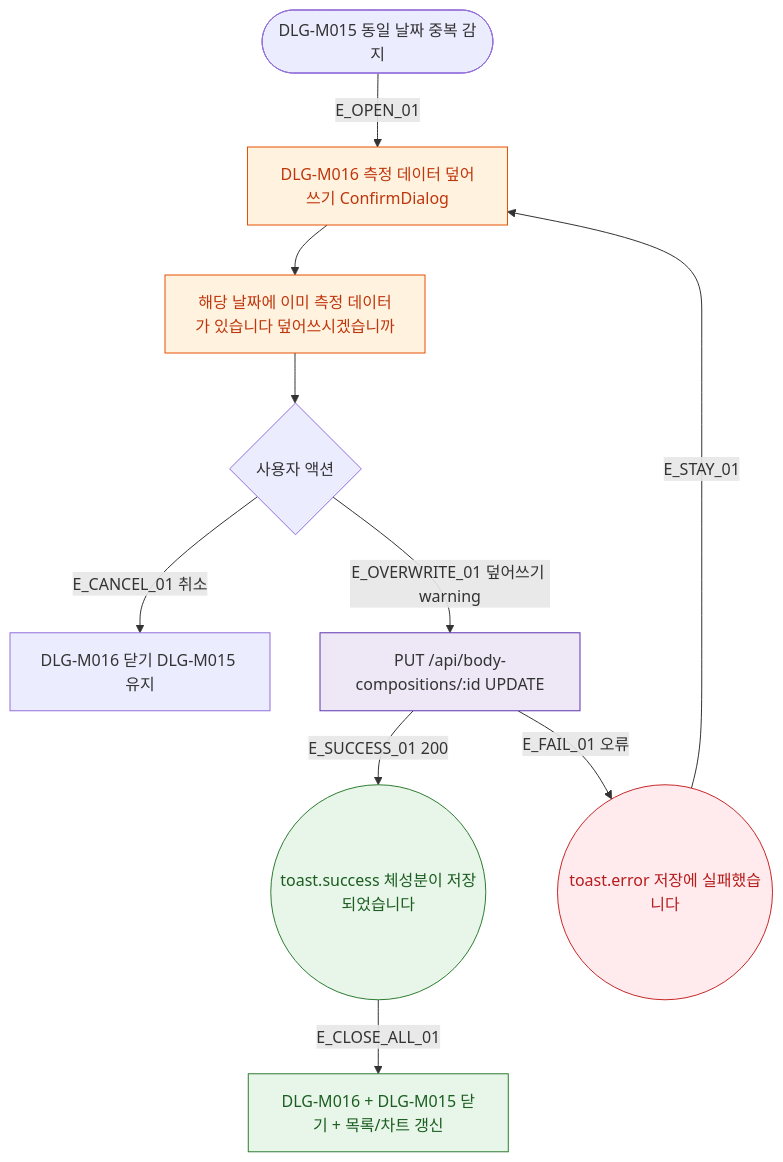
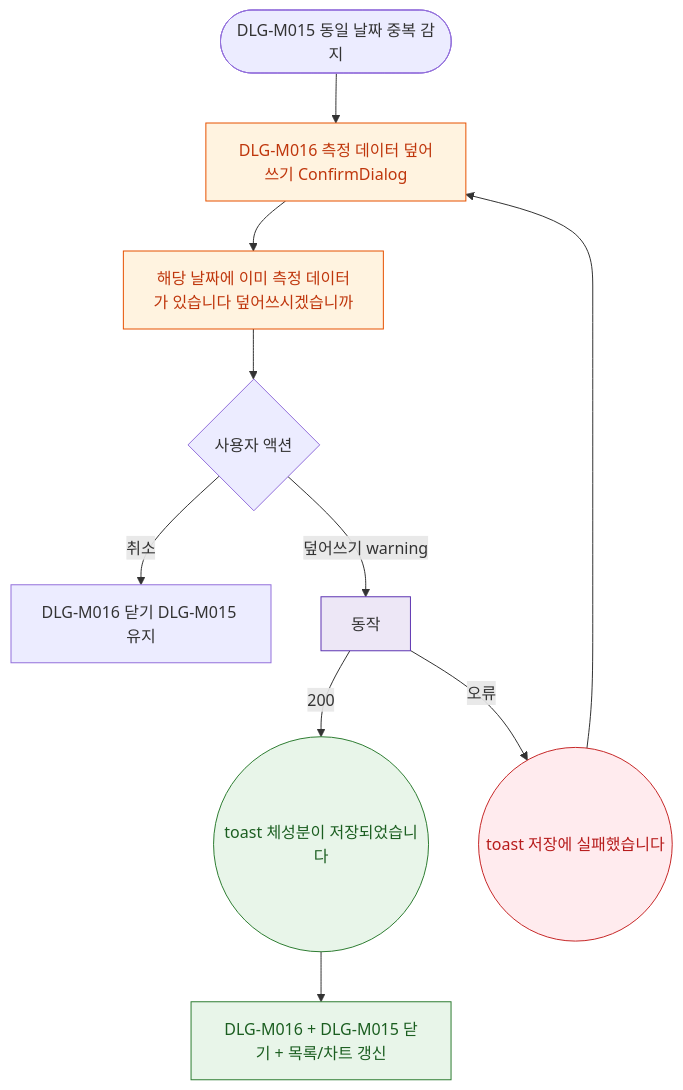
Before and after one commit to dev-spogym/admin-pando: the diagram in docs/다이어그램/D02_회원관리/DLG/DLG-M016_체성분덮어쓰기/M1_생명주기.md, drawn with Mermaid. The commit also changed other lines of this file and 1660 other files, not shown here.

First line of the commit message:
다이어그램: 기획자/클라이언트 납품본으로 정리

````diff
--- a/docs/다이어그램/D02_회원관리/DLG/DLG-M016_체성분덮어쓰기/M1_생명주기.md
+++ b/docs/다이어그램/D02_회원관리/DLG/DLG-M016_체성분덮어쓰기/M1_생명주기.md
@@ -22,29 +20,29 @@
 ```mermaid
 flowchart TD
   TRIGGER([DLG-M015 동일 날짜 중복 감지])
 
-  TRIGGER -->|E_OPEN_01| DLG_OPEN[DLG-M016 측정 데이터 덮어쓰기 ConfirmDialog]
+  TRIGGER --> DLG_OPEN[DLG-M016 측정 데이터 덮어쓰기 ConfirmDialog]
   DLG_OPEN --> DESC[해당 날짜에 이미 측정 데이터가 있습니다 덮어쓰시겠습니까]
 
   DESC --> USER_ACT{사용자 액션}
 
-  USER_ACT -->|E_CANCEL_01 취소| CLOSE[DLG-M016 닫기 DLG-M015 유지]
-  USER_ACT -->|E_OVERWRITE_01 덮어쓰기 warning| API_UPDATE[PUT /api/body-compositions/:id UPDATE]
+  USER_ACT -->|취소|CLOSE[DLG-M016 닫기 DLG-M015 유지]
+  USER_ACT -->|덮어쓰기 warning|API_UPDATE[동작]
 
-  API_UPDATE -->|E_SUCCESS_01 200| TOAST_OK((toast.success 체성분이 저장되었습니다))
-  TOAST_OK   -->|E_CLOSE_ALL_01| CLOSE_ALL[DLG-M016 + DLG-M015 닫기 + 목록/차트 갱신]
+  API_UPDATE -->|200|TOAST_OK((toast 체성분이 저장되었습니다))
+  TOAST_OK --> CLOSE_ALL[DLG-M016 + DLG-M015 닫기 + 목록/차트 갱신]
 
-  API_UPDATE -->|E_FAIL_01 오류| TOAST_ERR((toast.error 저장에 실패했습니다))
-  TOAST_ERR  -->|E_STAY_01| DLG_OPEN
+  API_UPDATE -->|오류|TOAST_ERR((toast 저장에 실패했습니다))
+  TOAST_ERR --> DLG_OPEN
 
-  classDef modal   fill:#FFF3E0,stroke:#E65100,color:#BF360C
+  classDef modal fill:#FFF3E0,stroke:#E65100,color:#BF360C
   classDef warning fill:#FFF8E1,stroke:#F9A825,color:#E65100
   classDef success fill:#E8F5E9,stroke:#2E7D32,color:#1B5E20
-  classDef error   fill:#FFEBEE,stroke:#C62828,color:#B71C1C
-  classDef system  fill:#EDE7F6,stroke:#5E35B2
+  classDef error fill:#FFEBEE,stroke:#C62828,color:#B71C1C
+  classDef system fill:#EDE7F6,stroke:#5E35B2
 
   class DLG_OPEN,DESC modal
   class TOAST_OK,CLOSE_ALL success
   class TOAST_ERR error
   class API_UPDATE system
 ```
````
